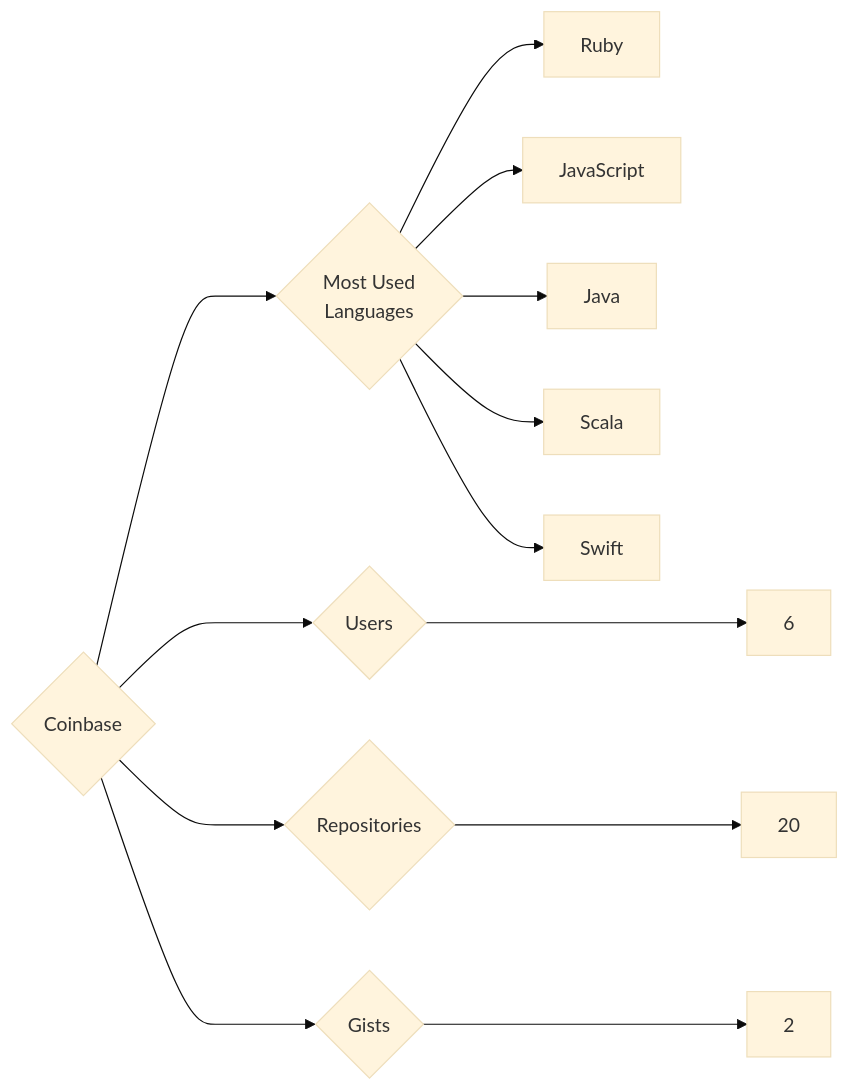
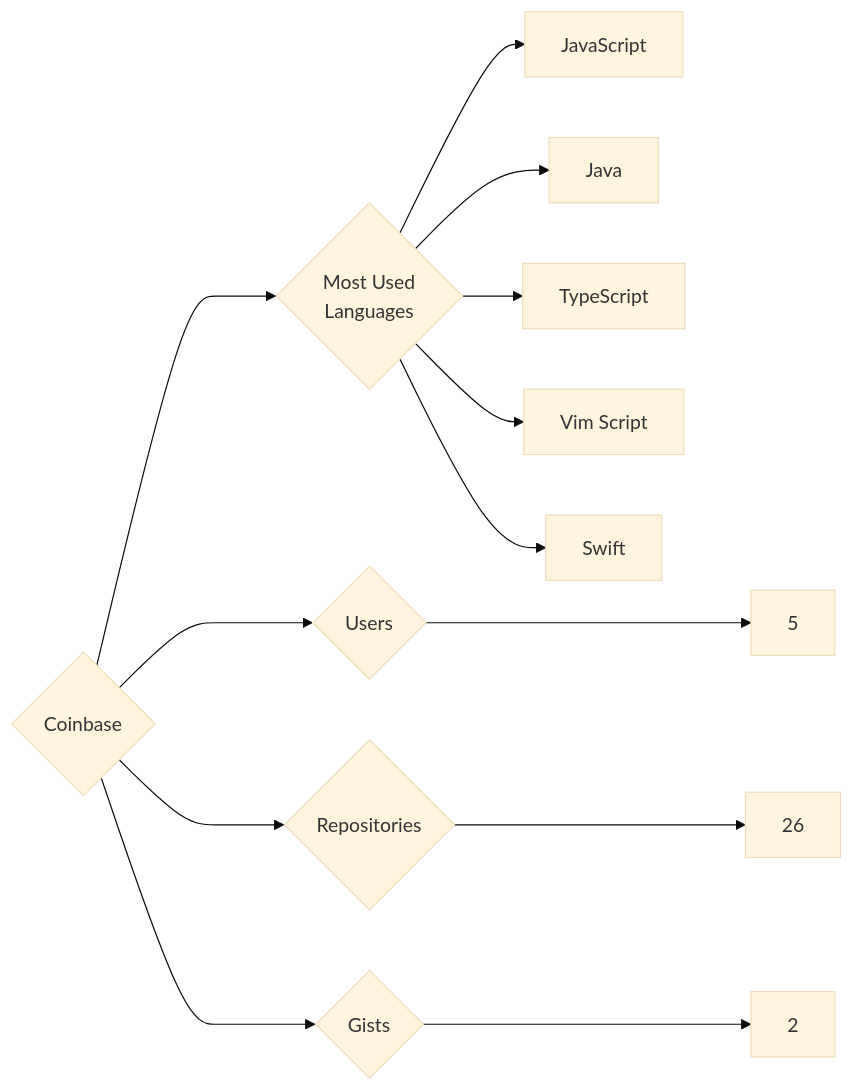
The diagram in targets/Coinbase/README.md (trickest/insiders), drawn with Mermaid (base theme) before and after one commit. The commit also changed 912 other files, not shown here.

````diff
--- a/targets/Coinbase/README.md
+++ b/targets/Coinbase/README.md
@@ -3,13 +3,13 @@
 ```mermaid
 graph LR
 COMPANY_NAME{Coinbase}
-COMPANY_NAME ---> U{Users} ---> UN[6]
-COMPANY_NAME ---> R{Repositories} ---> RN[20]
+COMPANY_NAME ---> U{Users} ---> UN[5]
+COMPANY_NAME ---> R{Repositories} ---> RN[26]
 COMPANY_NAME ---> G{Gists} ---> GN[2]
 COMPANY_NAME ---> ML{Most Used<br>Languages}
-ML --> Ruby[Ruby]
 ML --> JavaScript[JavaScript]
 ML --> Java[Java]
-ML --> Scala[Scala]
+ML --> TypeScript[TypeScript]
+ML --> Vim_Script[Vim Script]
 ML --> Swift[Swift]
 ```
````
